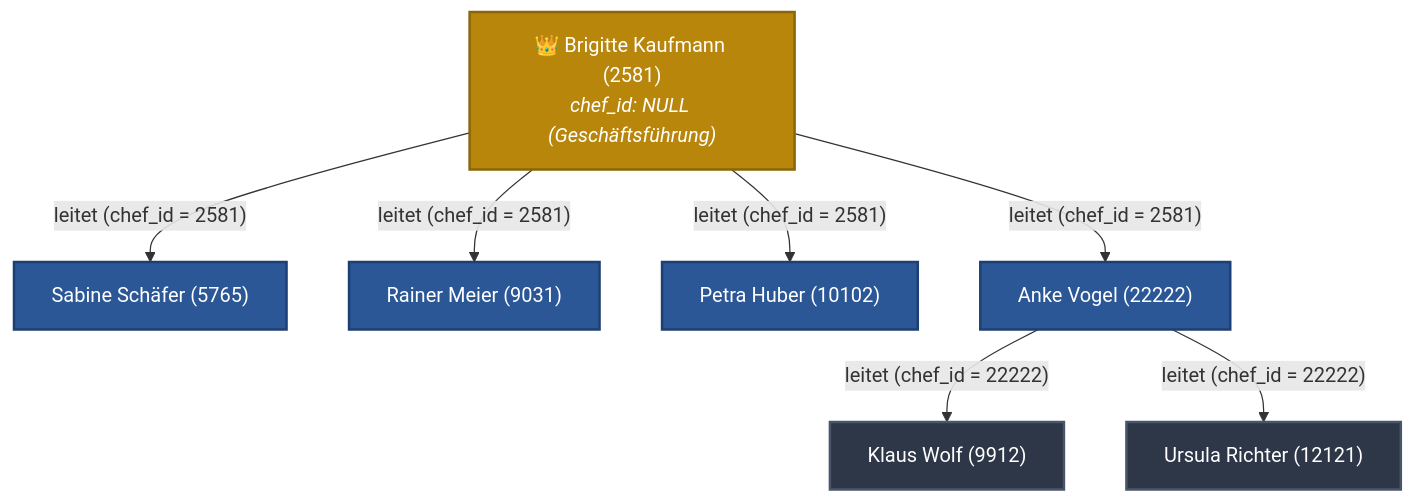
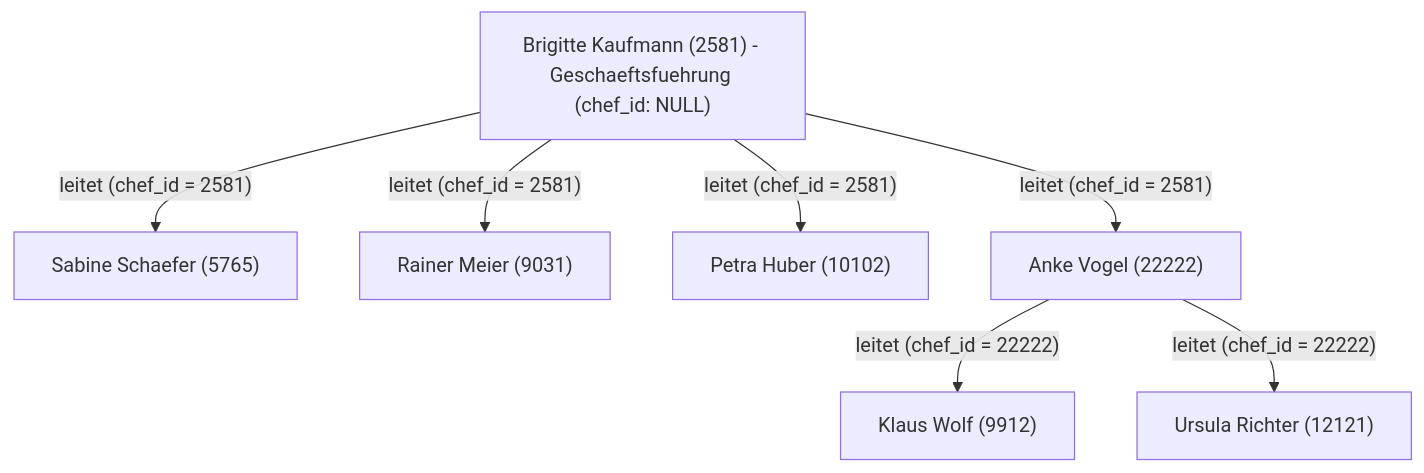
One commit to T-Boyke/SQL-Fundamentals changed the fifth of 5 diagrams in Day_16/readme.md. Above: the diagram before and after it, drawn with Mermaid. The commit also changed other lines of this file, not shown here.

Commit message:
fix(day16): sanitize mermaid diagrams syntax by removing html tags and complex classes for universal rendering

````diff
--- a/Day_16/readme.md
+++ b/Day_16/readme.md
@@ -132,16 +127,12 @@
 ```mermaid
 flowchart TD
-    classDef boss fill:#b8860b,stroke:#8b6508,stroke-width:2px,color:#fff;
-    classDef lead fill:#2b5797,stroke:#1e3f73,stroke-width:2px,color:#fff;
-    classDef emp fill:#2d3748,stroke:#4a5568,stroke-width:2px,color:#fff;
+    BK["Brigitte Kaufmann (2581) - Geschaeftsfuehrung (chef_id: NULL)"]
 
-    BK["👑 Brigitte Kaufmann (2581)<br/><i>chef_id: NULL (Geschäftsführung)</i>"]:::boss
+    BK -->|"leitet (chef_id = 2581)"| SS["Sabine Schaefer (5765)"]
+    BK -->|"leitet (chef_id = 2581)"| RM["Rainer Meier (9031)"]
+    BK -->|"leitet (chef_id = 2581)"| PH["Petra Huber (10102)"]
+    BK -->|"leitet (chef_id = 2581)"| AV["Anke Vogel (22222)"]
 
-    BK -->|"leitet (chef_id = 2581)"| SS["Sabine Schäfer (5765)"]:::lead
-    BK -->|"leitet (chef_id = 2581)"| RM["Rainer Meier (9031)"]:::lead
-    BK -->|"leitet (chef_id = 2581)"| PH["Petra Huber (10102)"]:::lead
-    BK -->|"leitet (chef_id = 2581)"| AV["Anke Vogel (22222)"]:::lead
-
-    AV -->|"leitet (chef_id = 22222)"| KW["Klaus Wolf (9912)"]:::emp
-    AV -->|"leitet (chef_id = 22222)"| UR["Ursula Richter (12121)"]:::emp
+    AV -->|"leitet (chef_id = 22222)"| KW["Klaus Wolf (9912)"]
+    AV -->|"leitet (chef_id = 22222)"| UR["Ursula Richter (12121)"]
 ```
````
